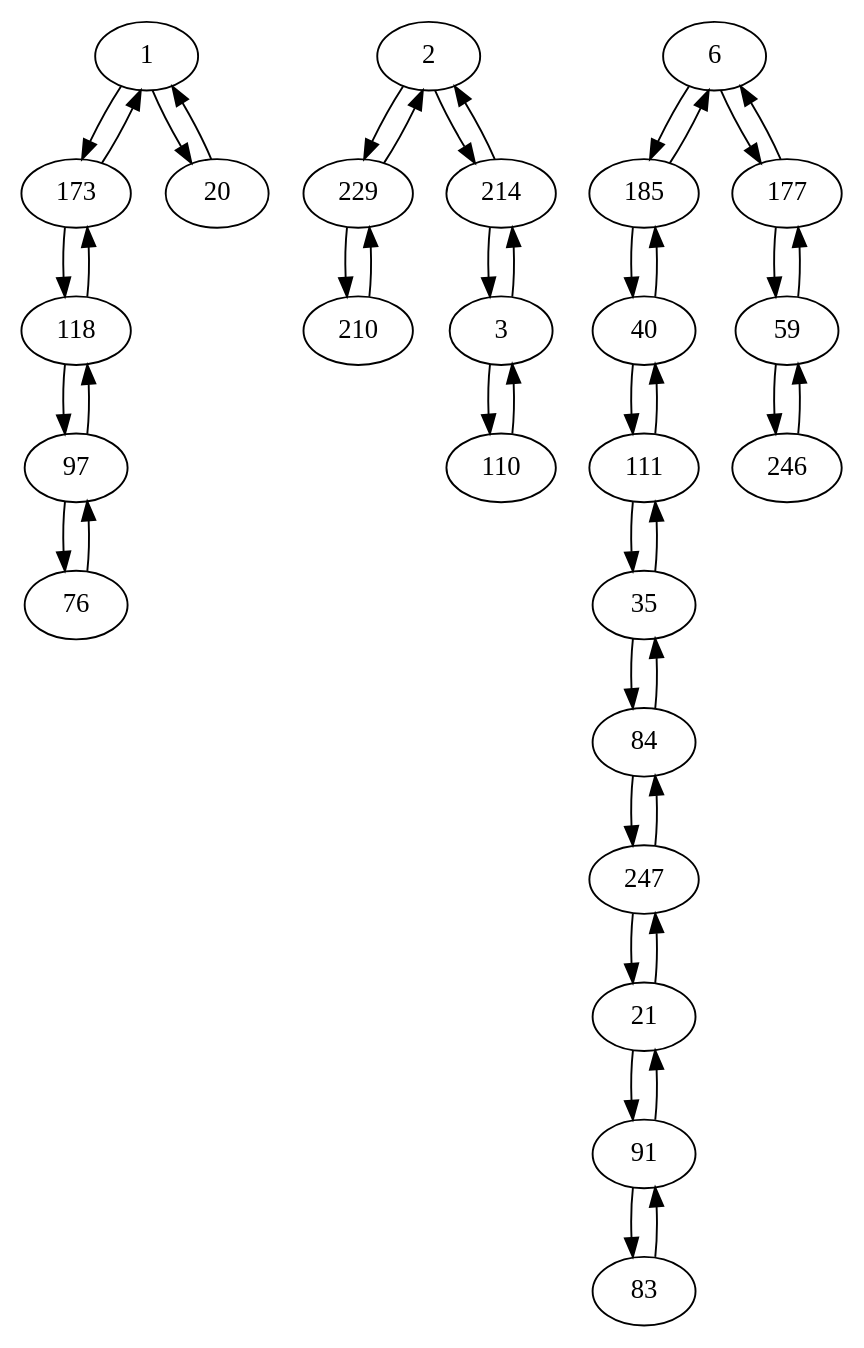
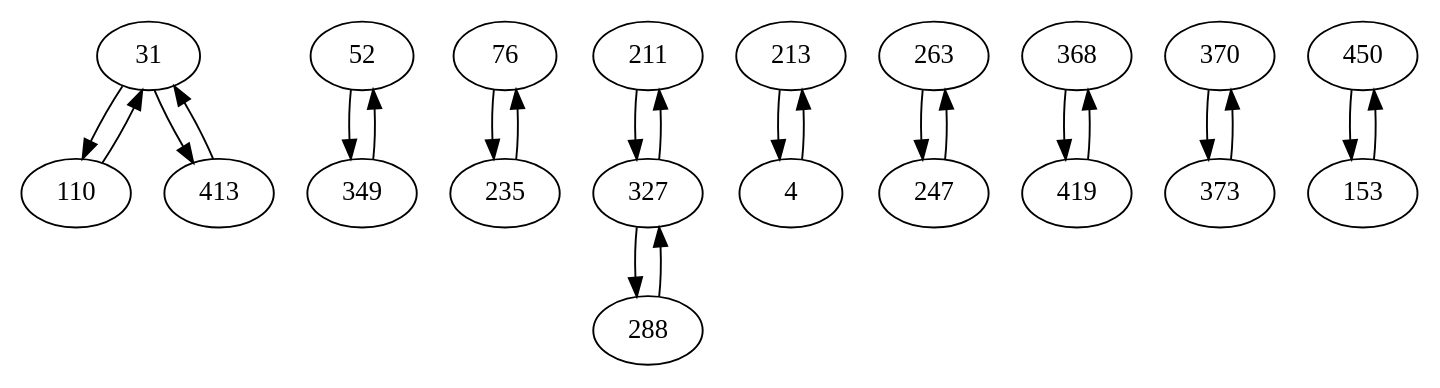
The diagram in external/dbg2olc/CleanedBestOverlapGraphWithTies.dot (AuCson/Genome-Assembly-Implementation), drawn with Graphviz before and after one commit. The commit also changed 67 other files, not shown here.

```diff
--- a/external/dbg2olc/CleanedBestOverlapGraphWithTies.dot
+++ b/external/dbg2olc/CleanedBestOverlapGraphWithTies.dot
@@ -1,46 +1,24 @@
 digraph G {
-1 -> 173;
-2 -> 229;
-3 -> 110;
-6 -> 185;
-20 -> 1;
-21 -> 247;
-35 -> 111;
-40 -> 111;
-59 -> 246;
-83 -> 91;
-84 -> 247;
-91 -> 21;
-97 -> 76;
-111 -> 35;
-118 -> 97;
-173 -> 1;
-177 -> 59;
-185 -> 6;
-214 -> 3;
-229 -> 2;
-246 -> 59;
-247 -> 21;
-1 -> 20;
-2 -> 214;
-3 -> 214;
-6 -> 177;
-21 -> 91;
-35 -> 84;
-40 -> 185;
-59 -> 177;
-76 -> 97;
-84 -> 35;
-91 -> 83;
-97 -> 118;
-110 -> 3;
-111 -> 40;
-118 -> 173;
-173 -> 118;
-177 -> 6;
-185 -> 40;
-210 -> 229;
-214 -> 2;
-229 -> 210;
-247 -> 84;
+31 -> 110;
+52 -> 349;
+76 -> 235;
+110 -> 31;
+211 -> 327;
+213 -> 4;
+235 -> 76;
+263 -> 247;
+288 -> 327;
+327 -> 211;
+349 -> 52;
+368 -> 419;
+370 -> 373;
+413 -> 31;
+450 -> 153;
+4 -> 213;
+31 -> 413;
+153 -> 450;
+247 -> 263;
+327 -> 288;
+373 -> 370;
+419 -> 368;
 }
```
